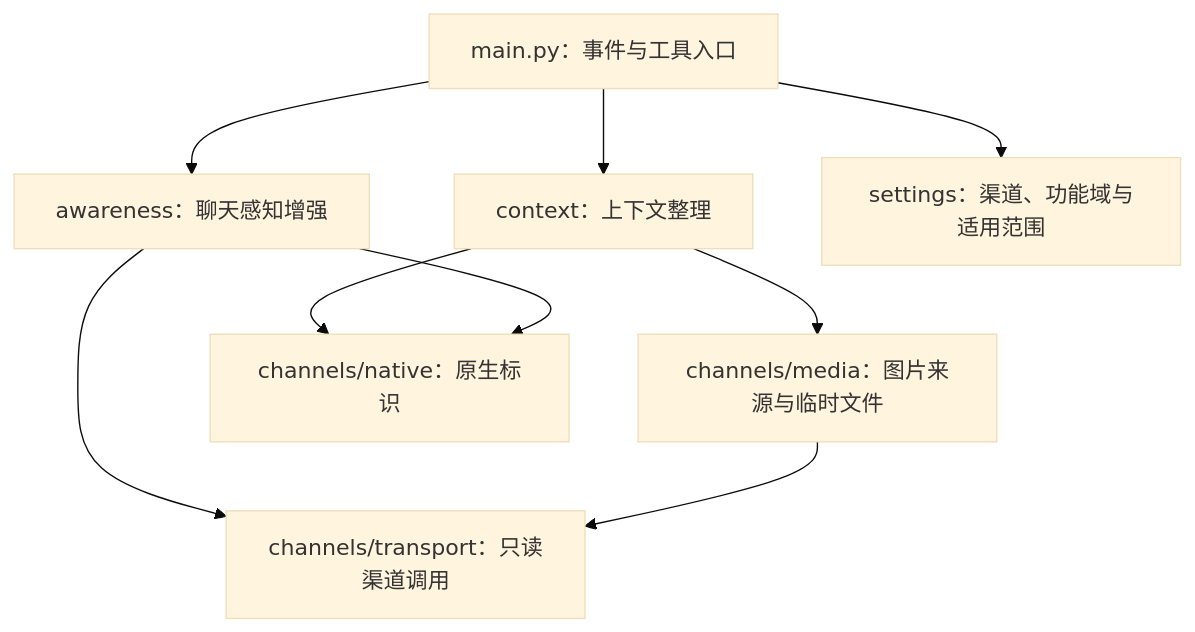
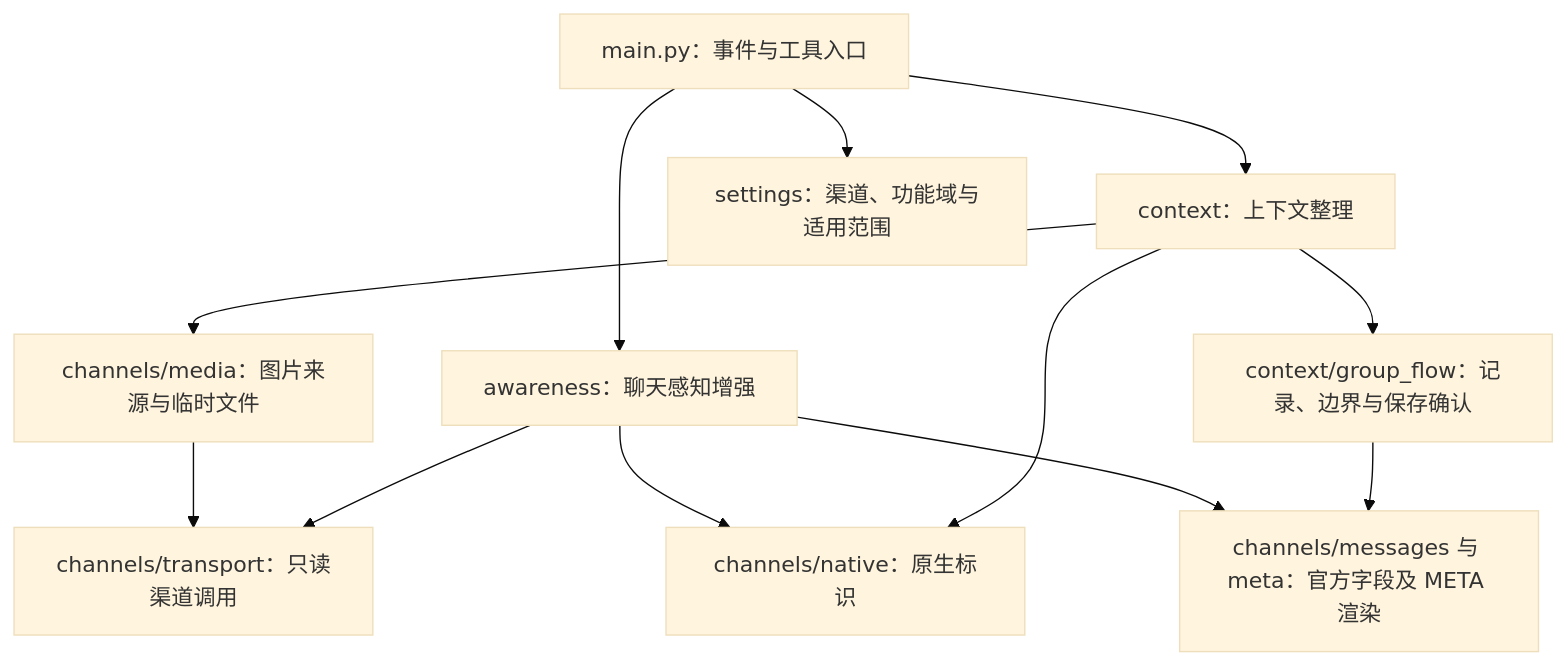
Before and after one commit to WsureDev/astrbot_plugin_context_enishi: the diagram in docs/architecture.md, drawn with Mermaid (base theme). The commit also changed other lines of this file and 44 other files, not shown here.

Commit message:
feat: integrate native group flow with compact META context in v0.4.3

````diff
--- a/docs/architecture.md
+++ b/docs/architecture.md
@@ -5,11 +5,14 @@
 ```mermaid
 flowchart TB
     Entry[main.py：事件与工具入口] --> Organizer[context：上下文整理]
     Entry --> Awareness[awareness：聊天感知增强]
     Organizer --> Media[channels/media：图片来源与临时文件]
     Awareness --> Transport[channels/transport：只读渠道调用]
     Media --> Transport
     Organizer --> Native[channels/native：原生标识]
     Awareness --> Native
+    Organizer --> Flow[context/group_flow：记录、边界与保存确认]
+    Flow --> Meta[channels/messages 与 meta：官方字段及 META 渲染]
+    Awareness --> Meta
     Entry --> Settings[settings：渠道、功能域与适用范围]
 ```
````
